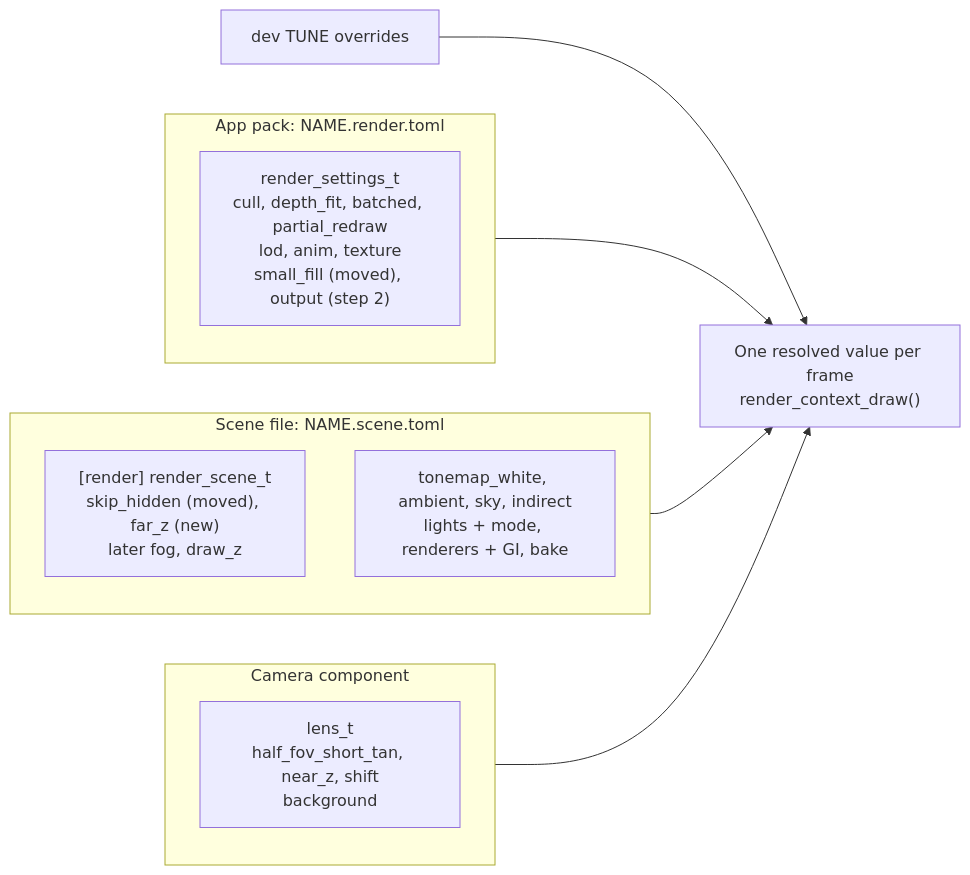
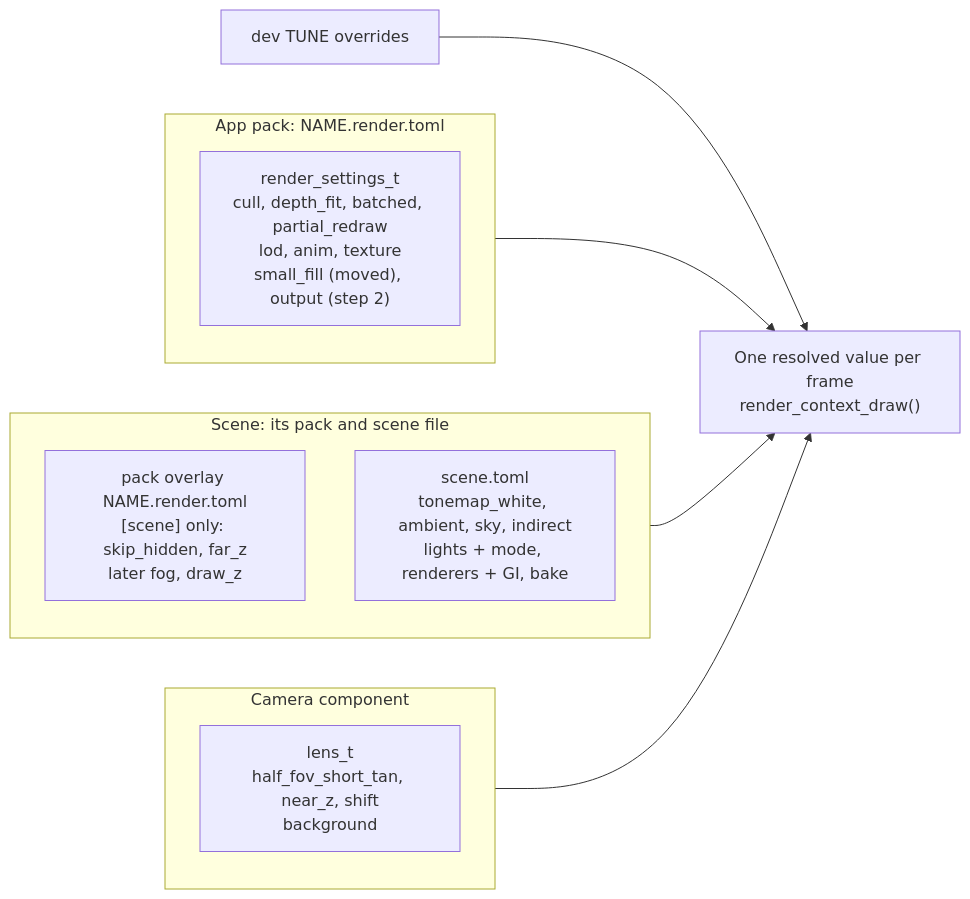
The diagram in docs/plans/Render-Settings-Layout-Design-Sketch.md (jose-villegas/autana), drawn with Mermaid before and after one commit. The commit also changed other lines of this file, not shown here.

Commit message:
docs: settings layout sketch on the approved scene pack overlay (B): [scene] keys from the struct, active camera's scene

````diff
--- a/docs/plans/Render-Settings-Layout-Design-Sketch.md
+++ b/docs/plans/Render-Settings-Layout-Design-Sketch.md
@@ -21,18 +21,18 @@
 ```mermaid
 flowchart LR
     subgraph App["App pack: NAME.render.toml"]
         Q["render_settings_t<br/>cull, depth_fit, batched, partial_redraw<br/>lod, anim, texture<br/>small_fill (moved), output (step 2)"]
     end
-    subgraph Scene["Scene file: NAME.scene.toml"]
-        S["[render] render_scene_t<br/>skip_hidden (moved), far_z (new)<br/>later fog, draw_z"]
-        L["tonemap_white, ambient, sky, indirect<br/>lights + mode, renderers + GI, bake"]
+    subgraph Scene["Scene: its pack and scene file"]
+        S["pack overlay NAME.render.toml<br/>[scene] only: skip_hidden, far_z<br/>later fog, draw_z"]
+        L["scene.toml<br/>tonemap_white, ambient, sky, indirect<br/>lights + mode, renderers + GI, bake"]
     end
     subgraph Cam["Camera component"]
         C["lens_t<br/>half_fov_short_tan, near_z, shift<br/>background"]
     end
     Dev["dev TUNE overrides"]
     App --> Frame["One resolved value per frame<br/>render_context_draw()"]
     Scene --> Frame
     Cam --> Frame
     Dev --> Frame
 ```
````
